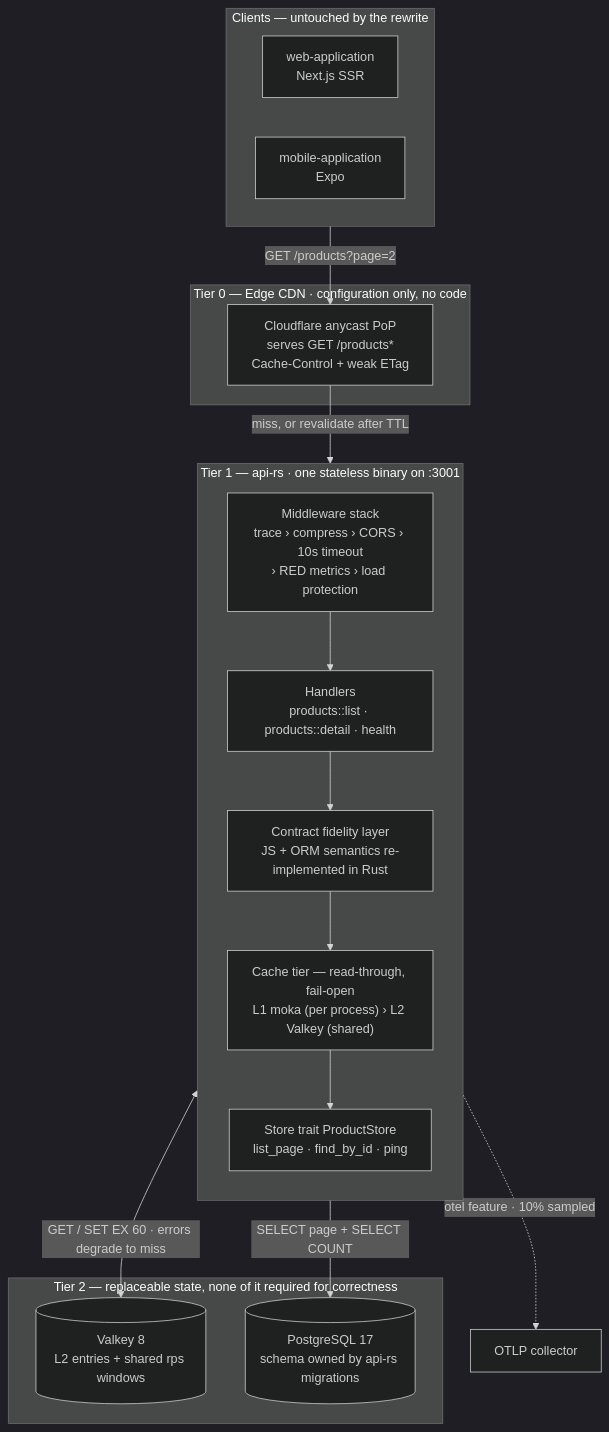
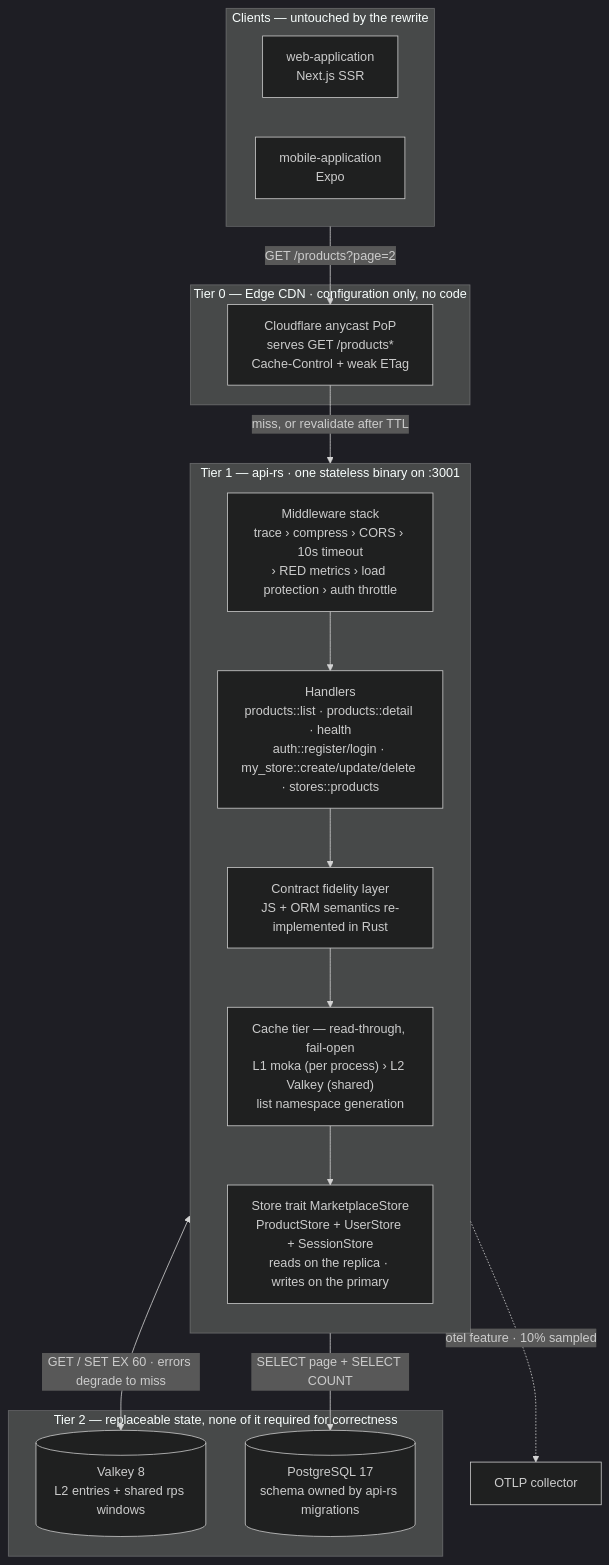
The first of 6 diagrams in api-rs/ARCHITECTURE.md (yamid-granda/react-native-and-web), drawn with Mermaid (dark theme) before and after one commit. The commit also changed other lines of this file and 111 other files, not shown here.

First line of the commit message:
feat(marketplace): add seller storefronts behind a basic login

````diff
--- a/api-rs/ARCHITECTURE.md
+++ b/api-rs/ARCHITECTURE.md
@@ -51,32 +63,32 @@
 ```mermaid
 flowchart TB
     subgraph clients["Clients — untouched by the rewrite"]
         web["web-application<br/>Next.js SSR"]
         mobile["mobile-application<br/>Expo"]
     end
 
     subgraph edge["Tier 0 — Edge CDN · configuration only, no code"]
         cf["Cloudflare anycast PoP<br/>serves GET /products*<br/>Cache-Control + weak ETag"]
     end
 
     subgraph origin["Tier 1 — api-rs · one stateless binary on :3001"]
         direction TB
-        mw["Middleware stack<br/>trace › compress › CORS › 10s timeout<br/>› RED metrics › load protection"]
-        handlers["Handlers<br/>products::list · products::detail · health"]
+        mw["Middleware stack<br/>trace › compress › CORS › 10s timeout<br/>› RED metrics › load protection › auth throttle"]
+        handlers["Handlers<br/>products::list · products::detail · health<br/>auth::register/login · my_store::create/update/delete · stores::products"]
         fidelity["Contract fidelity layer<br/>JS + ORM semantics re-implemented in Rust"]
-        cache["Cache tier — read-through, fail-open<br/>L1 moka (per process) › L2 Valkey (shared)"]
-        store["Store trait ProductStore<br/>list_page · find_by_id · ping"]
+        cache["Cache tier — read-through, fail-open<br/>L1 moka (per process) › L2 Valkey (shared)<br/>list namespace generation"]
+        store["Store trait MarketplaceStore<br/>ProductStore + UserStore + SessionStore<br/>reads on the replica · writes on the primary"]
         mw --> handlers --> fidelity --> cache --> store
     end
 
     subgraph state["Tier 2 — replaceable state, none of it required for correctness"]
         valkey[("Valkey 8<br/>L2 entries + shared rps windows")]
         pg[("PostgreSQL 17<br/>schema owned by api-rs migrations")]
     end
 
     clients -->|"GET /products?page=2"| cf
     cf -->|"miss, or revalidate after TTL"| origin
     cache <-->|"GET / SET EX 60 · errors degrade to miss"| valkey
     store -->|"SELECT page + SELECT COUNT"| pg
     origin -.->|"otel feature · 10% sampled"| obs["OTLP collector"]
 ```
````
